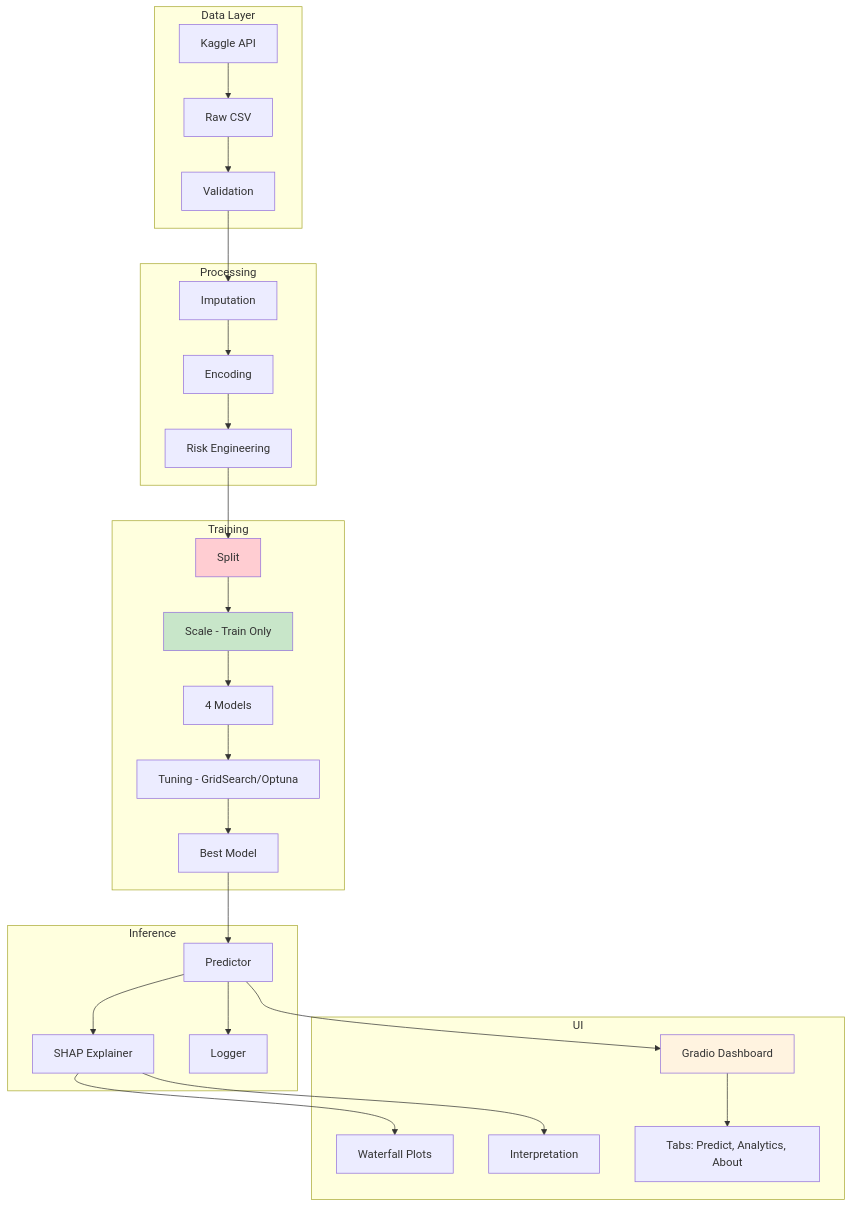
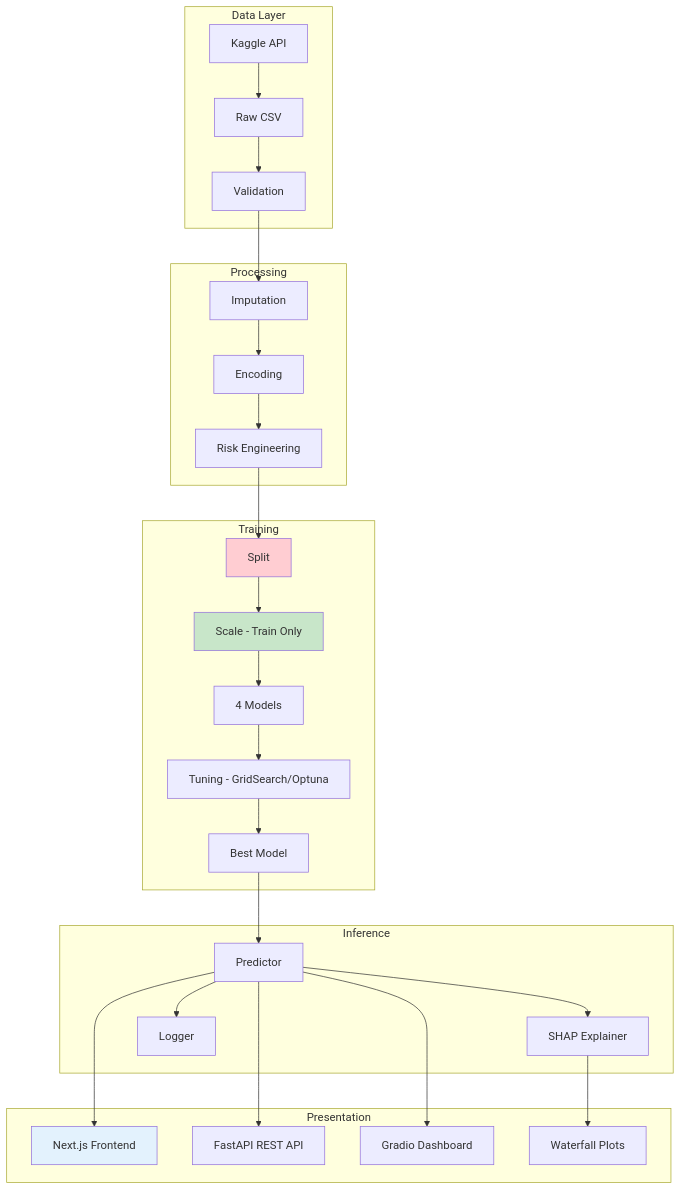
The first of 2 diagrams in README.md (Khizar525/edurisk-ai), drawn with Mermaid before and after one commit. The commit also changed other lines of this file and 5 other files, not shown here.

````diff
--- a/README.md
+++ b/README.md
@@ -163,38 +70,38 @@
 ```mermaid
 graph TB
     subgraph "Data Layer"
         A[Kaggle API] --> B[Raw CSV]
         B --> C[Validation]
     end
 
     subgraph "Processing"
         C --> D[Imputation]
         D --> E[Encoding]
         E --> F[Risk Engineering]
     end
 
     subgraph "Training"
         F --> G[Split]
         G --> H[Scale - Train Only]
         H --> I[4 Models]
         I --> J[Tuning - GridSearch/Optuna]
         J --> K[Best Model]
     end
 
     subgraph "Inference"
         K --> L[Predictor]
         L --> M[SHAP Explainer]
         L --> N[Logger]
     end
 
-    subgraph "UI"
-        L --> O[Gradio Dashboard]
-        M --> P[Waterfall Plots]
-        M --> Q[Interpretation]
-        O --> R["Tabs: Predict, Analytics, About"]
+    subgraph "Presentation"
+        L --> O[Next.js Frontend]
+        L --> P[FastAPI REST API]
+        L --> Q[Gradio Dashboard]
+        M --> R[Waterfall Plots]
     end
 
     style G fill:#ffcdd2
     style H fill:#c8e6c9
-    style O fill:#fff3e0
+    style O fill:#e3f2fd
 ```
````
